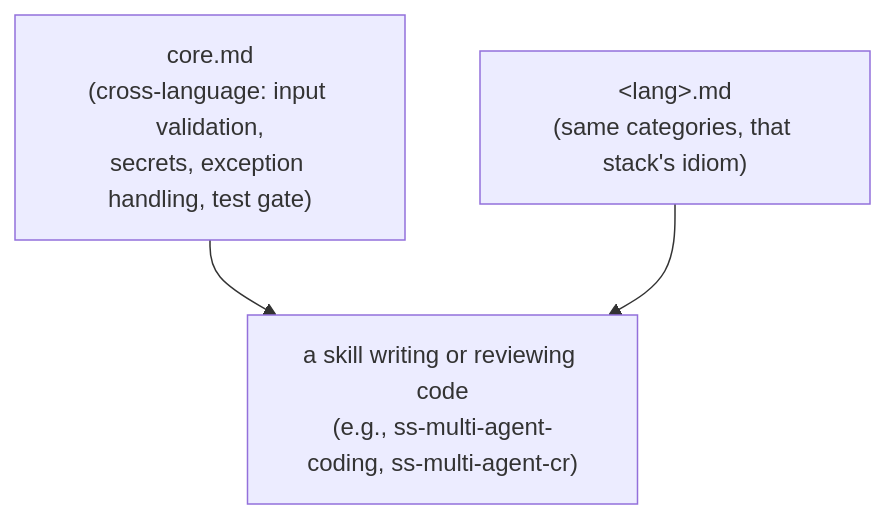
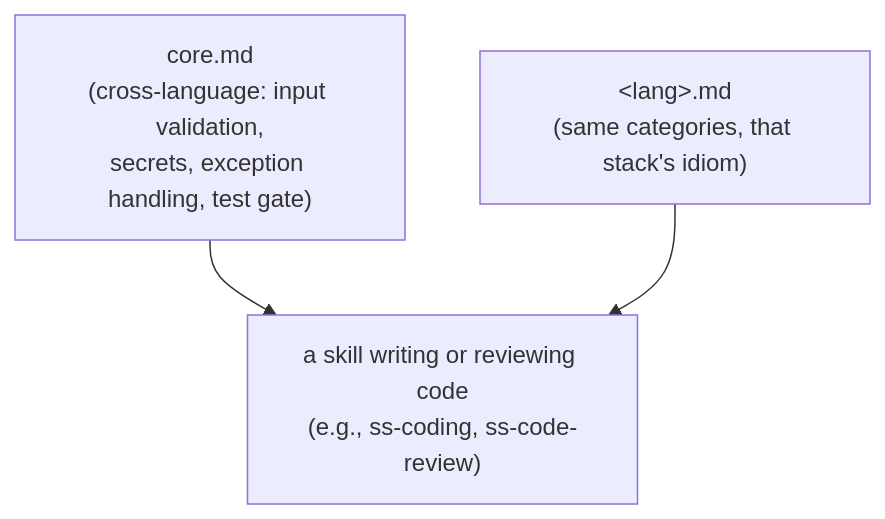
Before and after one commit to lbk-open/super-spec: the diagram in docs/guardrails.md, drawn with Mermaid. The commit also changed other lines of this file and 26 other files, not shown here.

````diff
--- a/docs/guardrails.md
+++ b/docs/guardrails.md
@@ -79,9 +79,9 @@
 ```mermaid
 flowchart TD
     Core["core.md<br/>(cross-language: input validation,<br/>secrets, exception handling, test gate)"]
     Lang["&lt;lang&gt;.md<br/>(same categories, that stack's idiom)"]
-    Skill["a skill writing or reviewing code<br/>(e.g., ss-multi-agent-coding, ss-multi-agent-cr)"]
+    Skill["a skill writing or reviewing code<br/>(e.g., ss-coding, ss-code-review)"]
 
     Core --> Skill
     Lang --> Skill
 ```
````
